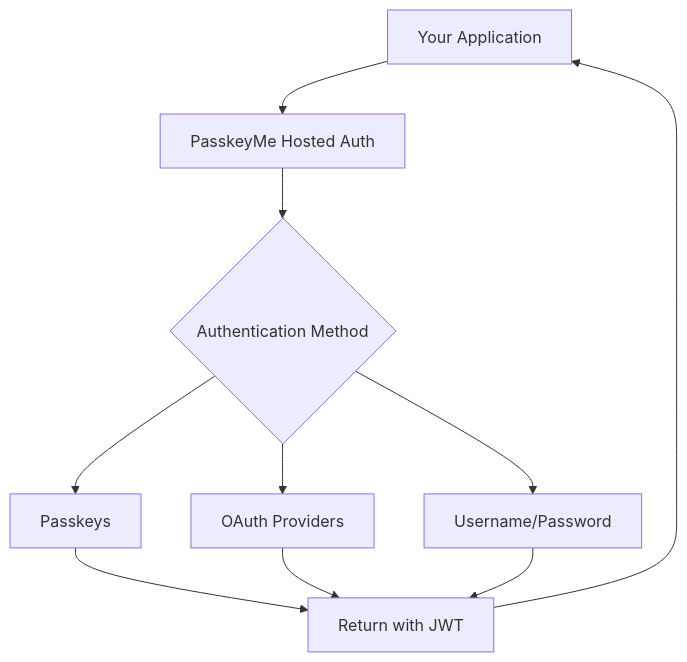
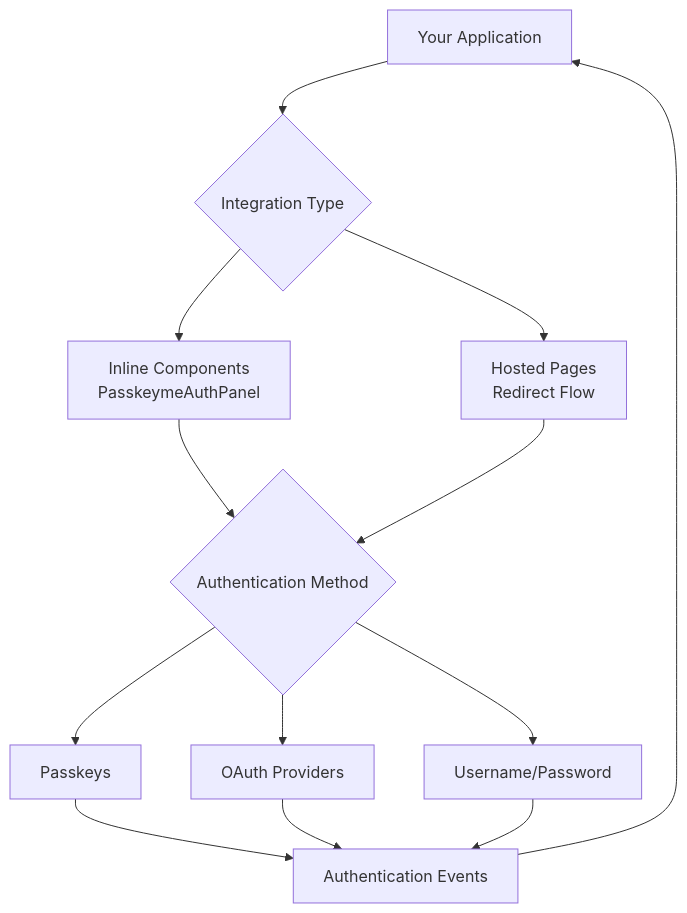
The diagram in docs/getting-started/concepts.md (justincrosbie/passkeyme-docs), drawn with Mermaid before and after one commit. The commit also changed other lines of this file and 18 other files, not shown here.

````diff
--- a/docs/getting-started/concepts.md
+++ b/docs/getting-started/concepts.md
@@ -23,12 +41,15 @@
 ```mermaid
 graph TB
-    A[Your Application] --> B[PasskeyMe Hosted Auth]
-    B --> C{Authentication Method}
-    C --> D[Passkeys]
-    C --> E[OAuth Providers]
-    C --> F[Username/Password]
-    D --> G[Return with JWT]
-    E --> G
-    F --> G
-    G --> A
+    A[Your Application] --> B{Integration Type}
+    B --> C[Inline Components<br/>PasskeymeAuthPanel]
+    B --> D[Hosted Pages<br/>Redirect Flow]
+    C --> E{Authentication Method}
+    D --> E
+    E --> F[Passkeys]
+    E --> G[OAuth Providers]
+    E --> H[Username/Password]
+    F --> I[Authentication Events]
+    G --> I
+    H --> I
+    I --> A
 ```
````
